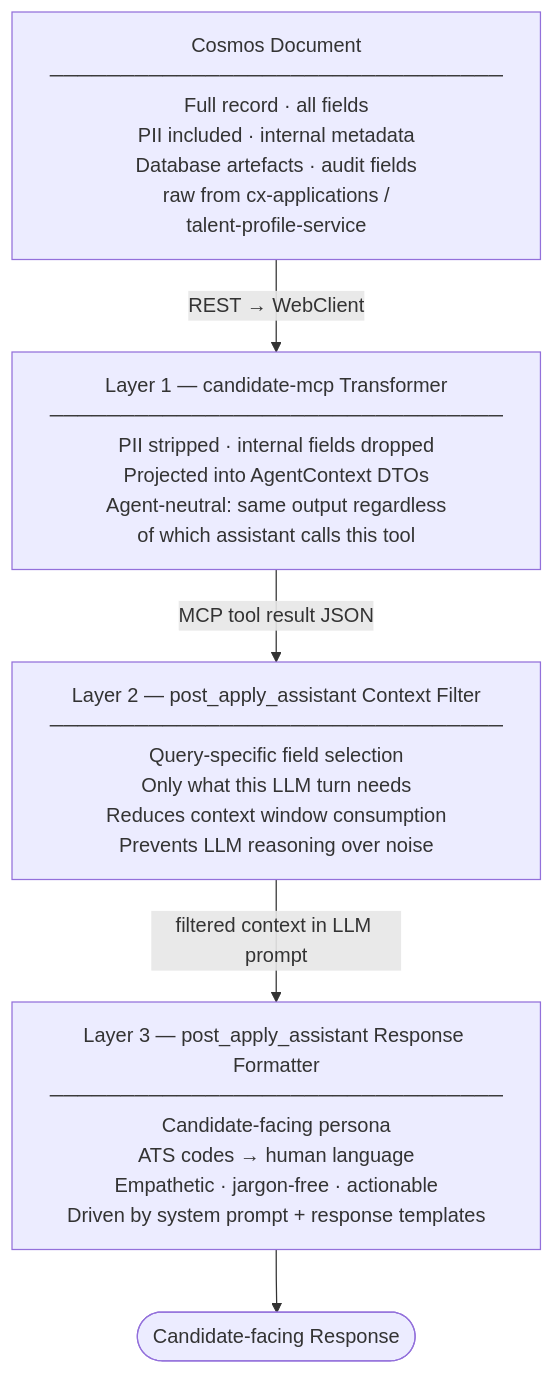
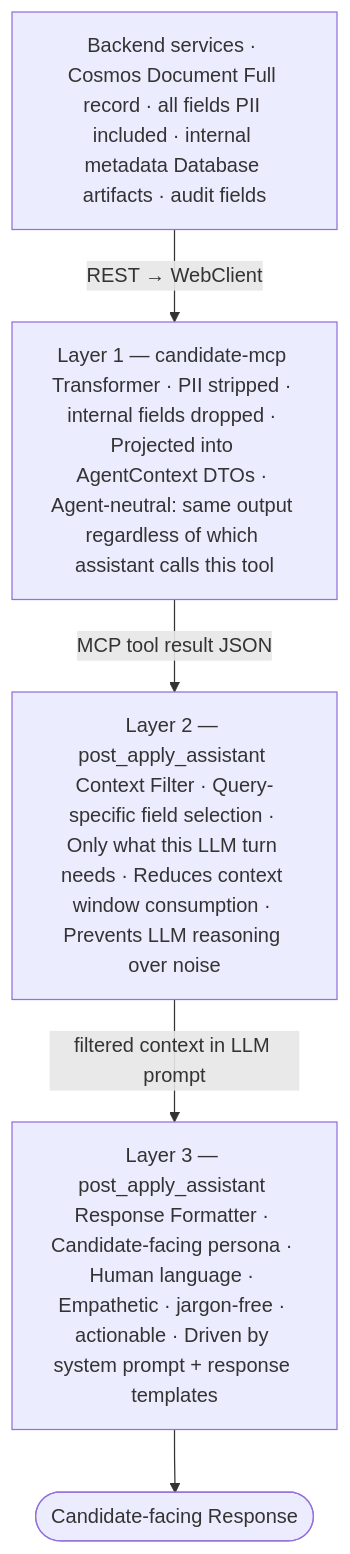
Before and after one commit to venkat-raman17/candidate-agent: the eighth of 35 diagrams in LLD_POST_APPLY_ASSISTANT.md, drawn with Mermaid. The commit also changed other lines of this file, not shown here.

````diff
--- a/LLD_POST_APPLY_ASSISTANT.md
+++ b/LLD_POST_APPLY_ASSISTANT.md
@@ -464,17 +465,17 @@
 ```mermaid
 flowchart TD
-    RAW["Cosmos Document\n────────────────────────────────\nFull record · all fields\nPII included · internal metadata\nDatabase artefacts · audit fields\nraw from cx-applications /\ntalent-profile-service"]
+    RAW["Backend services · Cosmos Document Full record · all fields PII included · internal metadata Database artifacts · audit fields"]
 
-    L1["Layer 1 — candidate-mcp Transformer\n────────────────────────────────\nPII stripped · internal fields dropped\nProjected into AgentContext DTOs\nAgent-neutral: same output regardless\nof which assistant calls this tool"]
+    L1["Layer 1 — candidate-mcp Transformer · PII stripped · internal fields dropped · Projected into AgentContext DTOs · Agent-neutral: same output regardless of which assistant calls this tool"]
 
-    L2["Layer 2 — post_apply_assistant Context Filter\n────────────────────────────────\nQuery-specific field selection\nOnly what this LLM turn needs\nReduces context window consumption\nPrevents LLM reasoning over noise"]
+    L2["Layer 2 — post_apply_assistant Context Filter · Query-specific field selection · Only what this LLM turn needs · Reduces context window consumption · Prevents LLM reasoning over noise"]
 
-    L3["Layer 3 — post_apply_assistant Response Formatter\n────────────────────────────────\nCandidate-facing persona\nATS codes → human language\nEmpathetic · jargon-free · actionable\nDriven by system prompt + response templates"]
+    L3["Layer 3 — post_apply_assistant Response Formatter · Candidate-facing persona · Human language · Empathetic · jargon-free · actionable · Driven by system prompt + response templates"]
 
     OUT(["Candidate-facing Response"])
 
     RAW -->|"REST → WebClient"| L1
     L1 -->|"MCP tool result JSON"| L2
     L2 -->|"filtered context in LLM prompt"| L3
     L3 --> OUT
 ```
````
